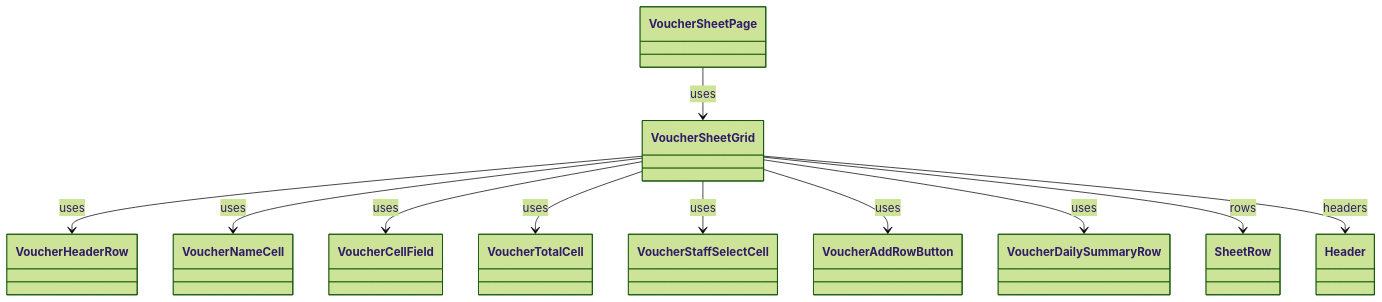
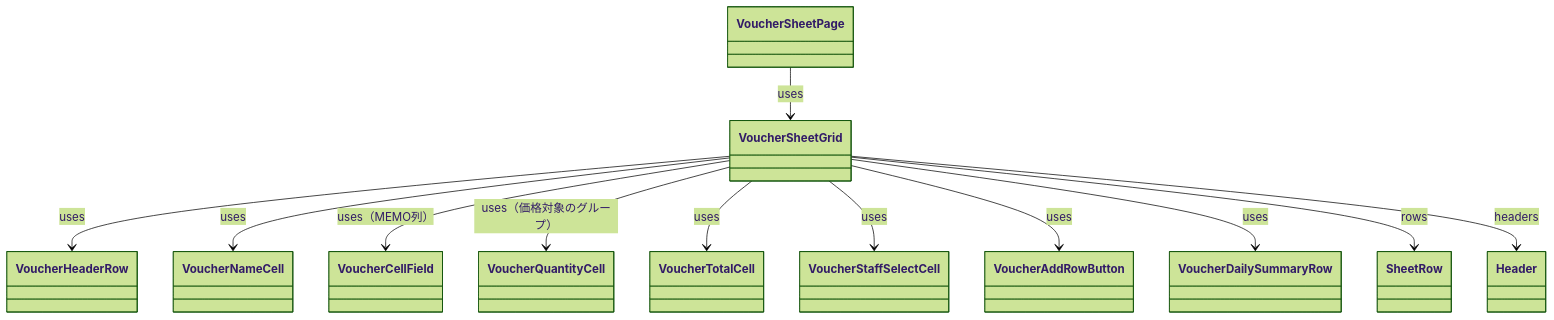
One commit to MinamiyamaKotaro/m3_pad changed the diagram in docs/design/lib/src/features/voucher/presentation/widgets/voucher_sheet_grid.md. Above: the diagram before and after it, drawn with Mermaid (forest theme). The commit also changed other lines of this file and 29 other files, not shown here.

````diff
--- a/docs/design/lib/src/features/voucher/presentation/widgets/voucher_sheet_grid.md
+++ b/docs/design/lib/src/features/voucher/presentation/widgets/voucher_sheet_grid.md
@@ -25,13 +26,14 @@
 ```mermaid
 classDiagram
     VoucherSheetPage --> VoucherSheetGrid : uses
     VoucherSheetGrid --> VoucherHeaderRow : uses
     VoucherSheetGrid --> VoucherNameCell : uses
-    VoucherSheetGrid --> VoucherCellField : uses
+    VoucherSheetGrid --> VoucherCellField : uses（MEMO列）
+    VoucherSheetGrid --> VoucherQuantityCell : uses（価格対象のグループ）
     VoucherSheetGrid --> VoucherTotalCell : uses
     VoucherSheetGrid --> VoucherStaffSelectCell : uses
     VoucherSheetGrid --> VoucherAddRowButton : uses
     VoucherSheetGrid --> VoucherDailySummaryRow : uses
     VoucherSheetGrid --> SheetRow : rows
     VoucherSheetGrid --> Header : headers
 ```
````
